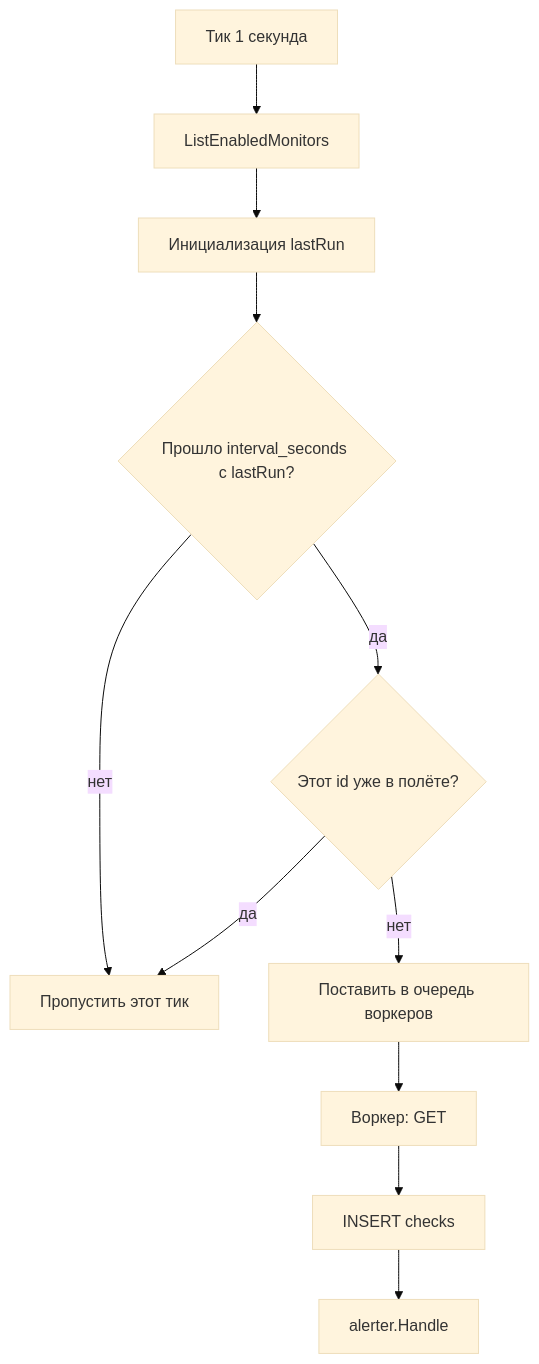
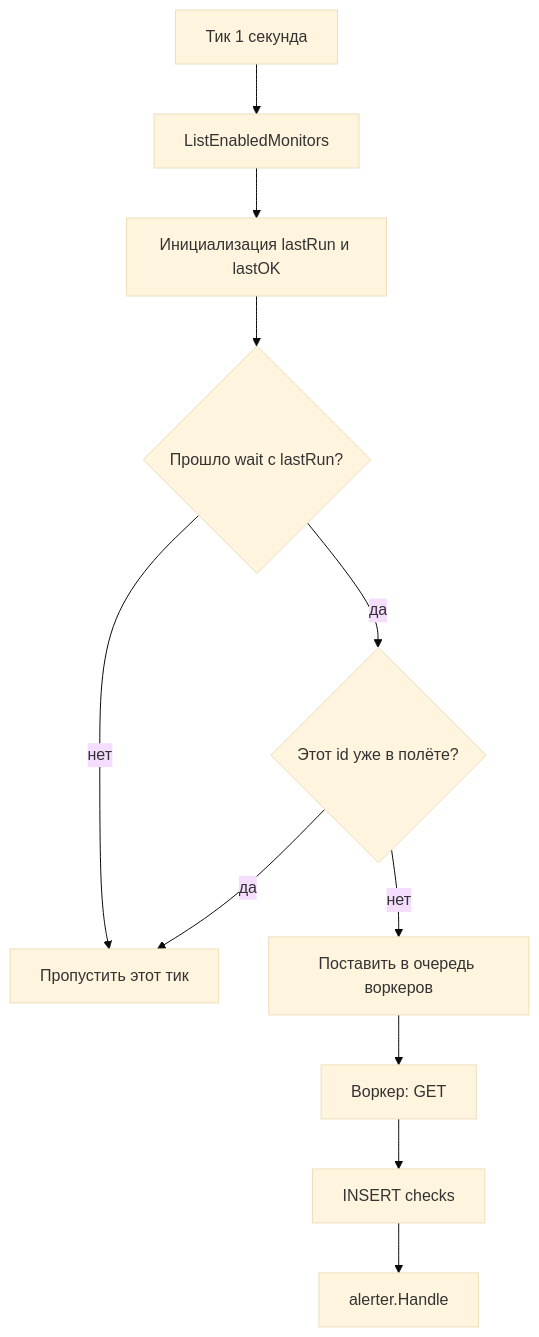
One commit to mc-lion/WebChecker changed the second of 6 diagrams in docs/logic.md. Above: the diagram before and after it, drawn with Mermaid (base theme). The commit also changed other lines of this file and 16 other files, not shown here.

````diff
--- a/docs/logic.md
+++ b/docs/logic.md
@@ -34,18 +34,18 @@
 ```mermaid
 flowchart TB
   Tick[Тик 1 секунда]
   Load[ListEnabledMonitors]
-  Seed[Инициализация lastRun]
-  Due{Прошло interval_seconds с lastRun?}
+  Seed[Инициализация lastRun и lastOK]
+  Due{Прошло wait с lastRun?}
   Busy{Этот id уже в полёте?}
   Queue[Поставить в очередь воркеров]
   Skip[Пропустить этот тик]
   Worker[Воркер: GET]
   Save[INSERT checks]
   Alert[alerter.Handle]
   Tick --> Load --> Seed --> Due
   Due -->|нет| Skip
   Due -->|да| Busy
   Busy -->|да| Skip
   Busy -->|нет| Queue --> Worker --> Save --> Alert
 ```
````
